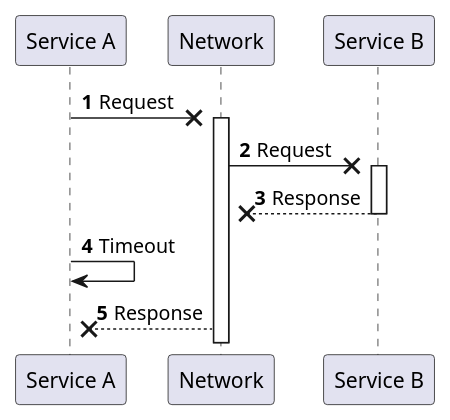
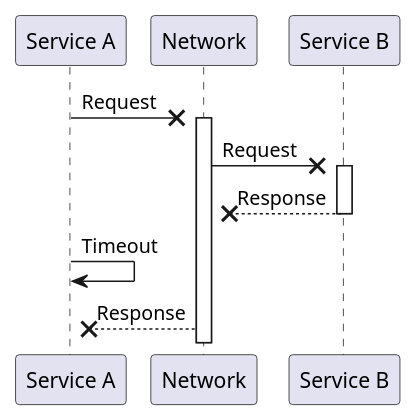
One commit to olijaun/idontbyte changed the third of 4 diagrams in _posts/2019-09-23-Idempotence.md. Above: the diagram before and after it, drawn with PlantUML. The commit also changed other lines of this file and 15 other files, not shown here.

```diff
--- a/_posts/2019-09-23-Idempotence.md
+++ b/_posts/2019-09-23-Idempotence.md
@@ -125,16 +121,15 @@
 {% plantuml %}
 participant "Service A" as A
 participant "Network" as N
 participant "Service B" as B
-autonumber
 A ->x N: Request
 activate N
 N ->x B: Request
 activate B
 N x<-- B: Response
 deactivate B
 A -> A: Timeout
 
 A x<-- N: Response
 deactivate A
 {% endplantuml %}
```
